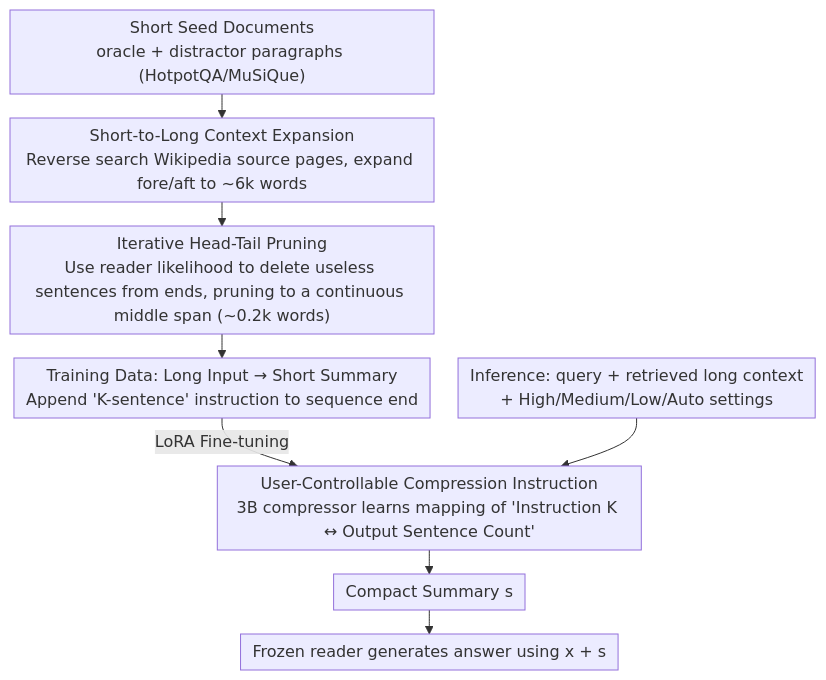
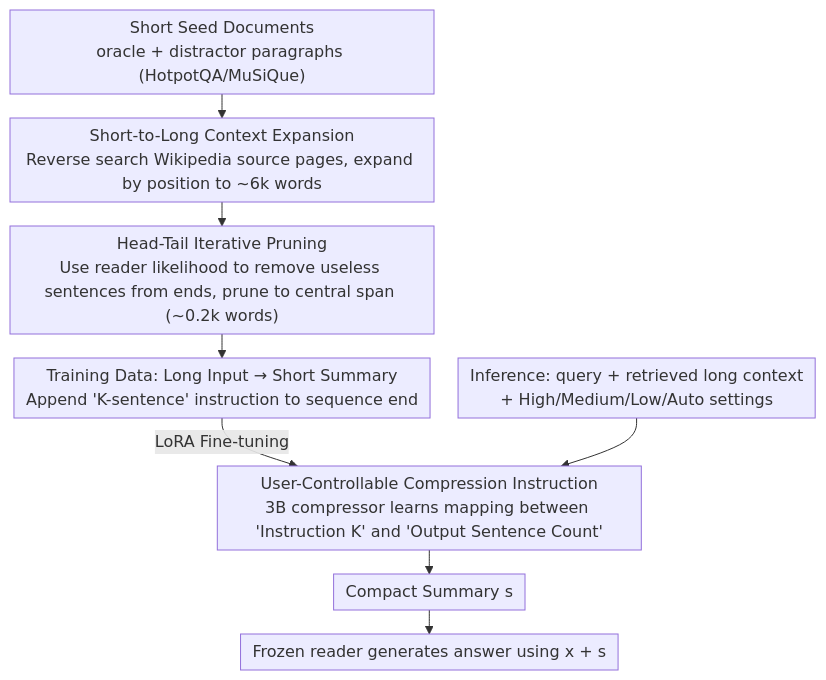
The diagram in docs/ACL2026/information_retrieval/brief-pro_universal_context_compression_with_short-to-long_synthesis_for_fast_an.md (zhaoyang97/Paper-Notes-en), drawn with Mermaid before and after one commit. The commit also changed other lines of this file and 5084 other files, not shown here.

````diff
--- a/docs/ACL2026/information_retrieval/brief-pro_universal_context_compression_with_short-to-long_synthesis_for_fast_an.md
+++ b/docs/ACL2026/information_retrieval/brief-pro_universal_context_compression_with_short-to-long_synthesis_for_fast_an.md
@@ -43,11 +43,11 @@
 ```mermaid
 %%{init: {'flowchart': {'rankSpacing': 24, 'nodeSpacing': 28, 'padding': 6, 'wrappingWidth': 400}}}%%
 flowchart TD
-    A["Short Seed Documents<br/>oracle + distractor paragraphs (HotpotQA/MuSiQue)"] --> B["Short-to-Long Context Expansion<br/>Reverse search Wikipedia source pages, expand fore/aft to ~6k words"]
-    B --> C["Iterative Head-Tail Pruning<br/>Use reader likelihood to delete useless sentences from ends, pruning to a continuous middle span (~0.2k words)"]
+    A["Short Seed Documents<br/>oracle + distractor paragraphs (HotpotQA/MuSiQue)"] --> B["Short-to-Long Context Expansion<br/>Reverse search Wikipedia source pages, expand by position to ~6k words"]
+    B --> C["Head-Tail Iterative Pruning<br/>Use reader likelihood to remove useless sentences from ends, prune to central span (~0.2k words)"]
     C --> D["Training Data: Long Input → Short Summary<br/>Append 'K-sentence' instruction to sequence end"]
-    D -->|LoRA Fine-tuning| E["User-Controllable Compression Instruction<br/>3B compressor learns mapping of 'Instruction K ↔ Output Sentence Count'"]
+    D -->|LoRA Fine-tuning| E["User-Controllable Compression Instruction<br/>3B compressor learns mapping between 'Instruction K' and 'Output Sentence Count'"]
     F["Inference: query + retrieved long context<br/>+ High/Medium/Low/Auto settings"] --> E
     E --> G["Compact Summary s"]
     G --> H["Frozen reader generates answer using x + s"]
 ```
````
